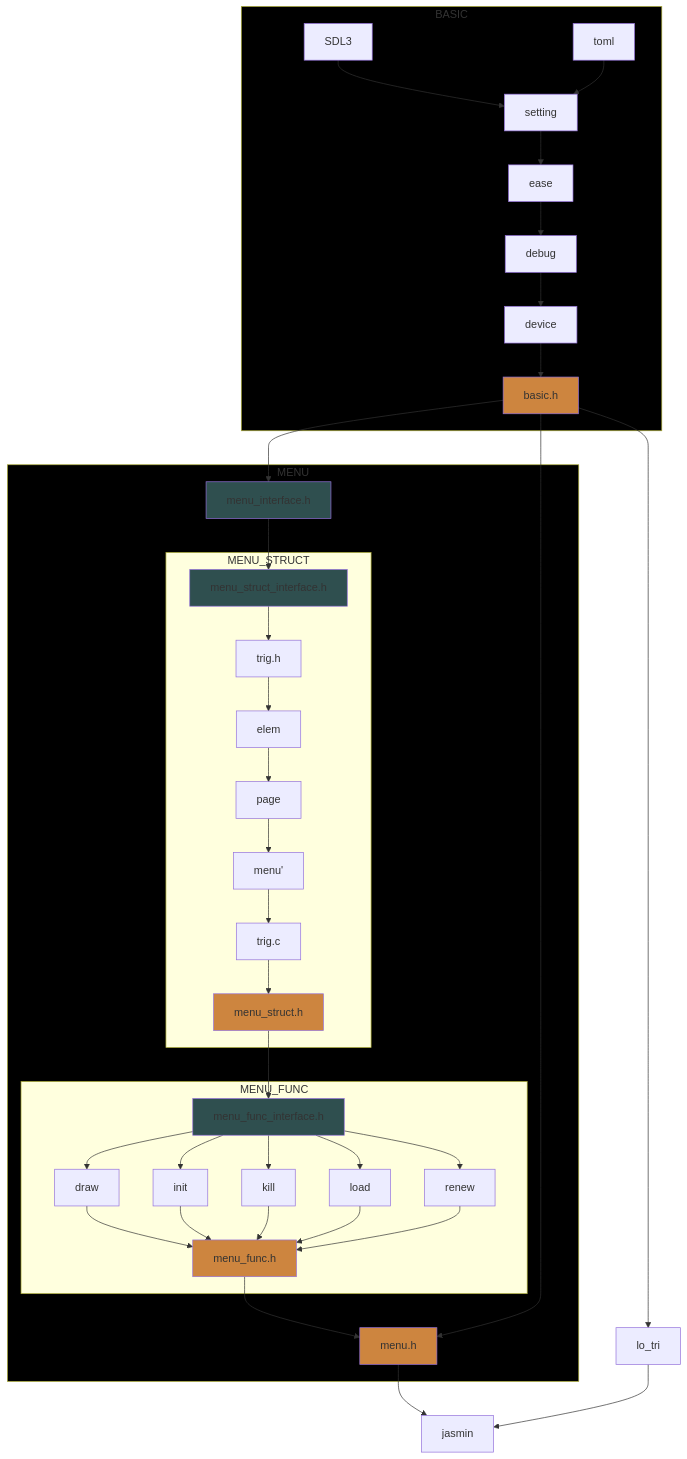
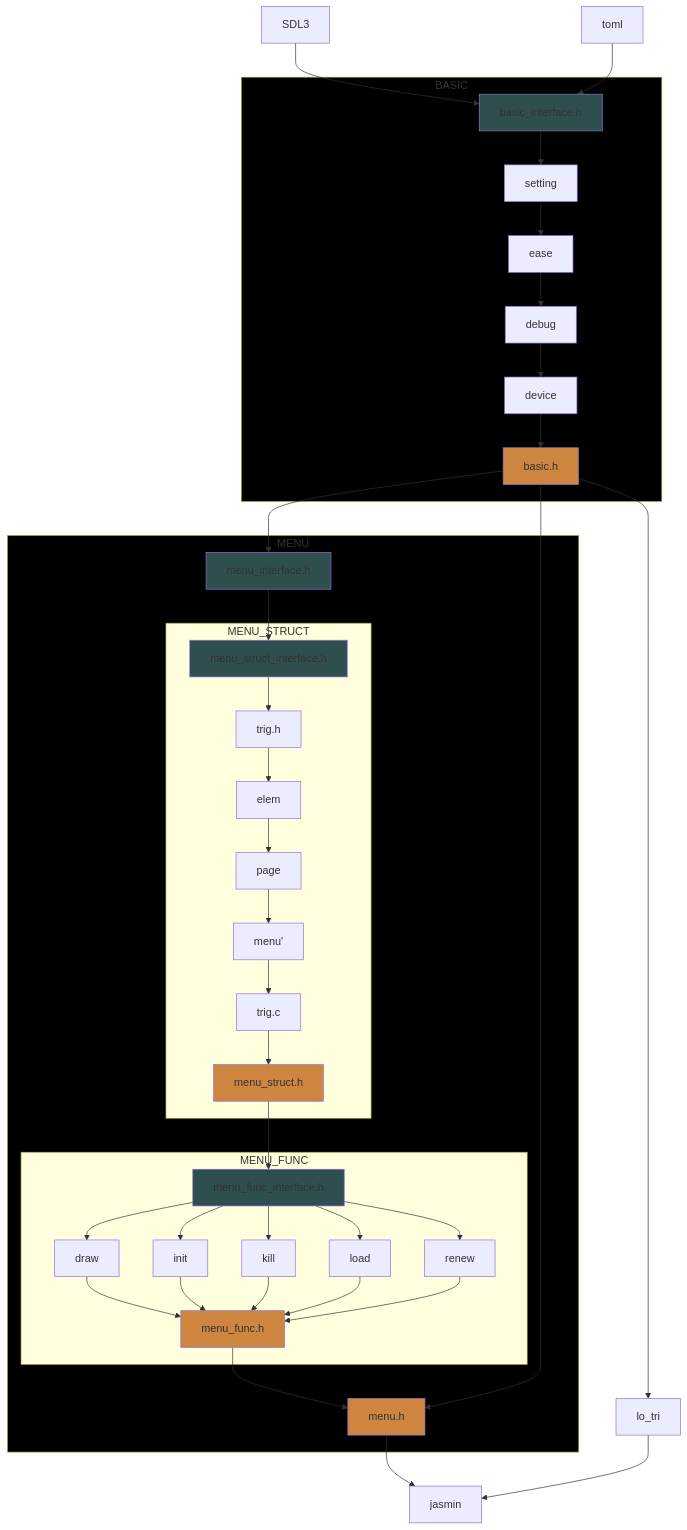
The diagram in src/jasmin/README.md (ShilianShen/Jasmin), drawn with Mermaid before and after one commit. The commit also changed 9 other files, not shown here.

````diff
--- a/src/jasmin/README.md
+++ b/src/jasmin/README.md
@@ -15,42 +15,45 @@
 ```mermaid
 graph
+    SDL3 --> basic_interface.h
+    toml --> basic_interface.h
+
     subgraph BASIC
-        SDL3 --> setting
-        toml --> setting --> ease --> debug --> device --> basic.h
+        basic_interface.h --> setting --> ease --> debug --> device --> basic.h
     end
 
     subgraph MENU
         basic.h --> menu_interface.h --> menu_struct_interface.h
-        
+  
         subgraph MENU_STRUCT
             menu_struct_interface.h --> trig.h --> elem
             elem --> page --> menu' --> trig.c --> menu_struct.h
         end
 
         menu_struct.h --> menu_func_interface.h
-        
+  
         subgraph MENU_FUNC
             menu_func_interface.h --> draw --> menu_func.h
             menu_func_interface.h --> init --> menu_func.h
             menu_func_interface.h --> kill --> menu_func.h
             menu_func_interface.h --> load --> menu_func.h
             menu_func_interface.h --> renew --> menu_func.h
         end
         menu_func.h --> menu.h
     end
   
     style BASIC fill: black
     style MENU fill: black
 
+    style basic_interface.h fill: darkslategray
     style menu_struct_interface.h fill: darkslategray
     style menu_func_interface.h fill: darkslategray
     style menu_interface.h fill: darkslategray
-    
+  
     style basic.h fill: peru
     style menu_struct.h fill: peru
     style menu_func.h fill: peru
     style menu.h fill: peru
 
     basic.h --> menu.h --> jasmin
     basic.h --> lo_tri --> jasmin
 ```
````
